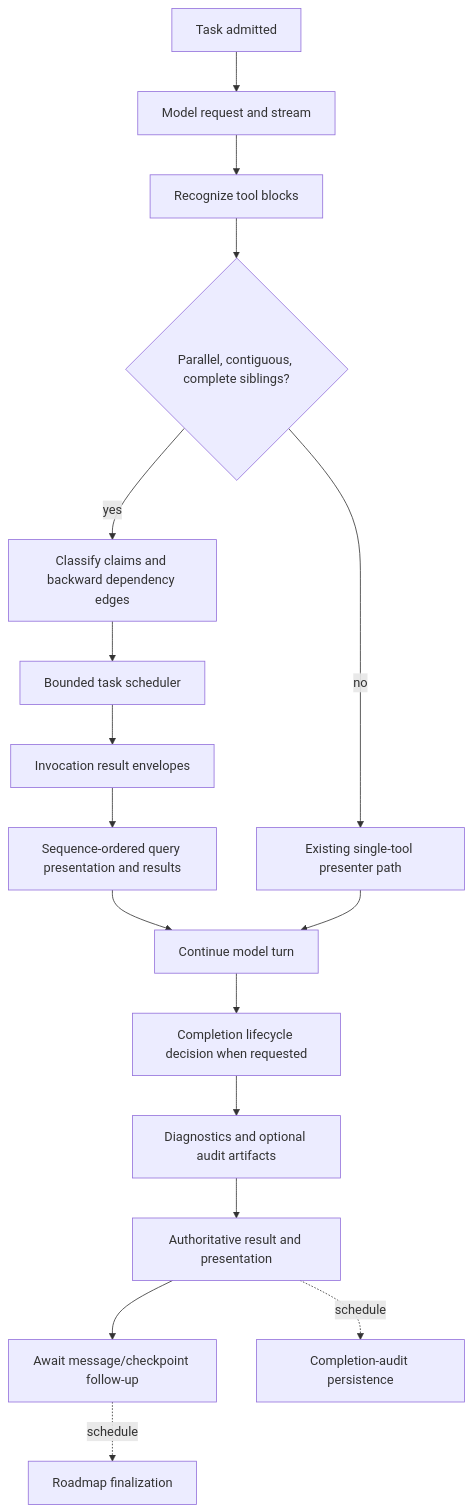
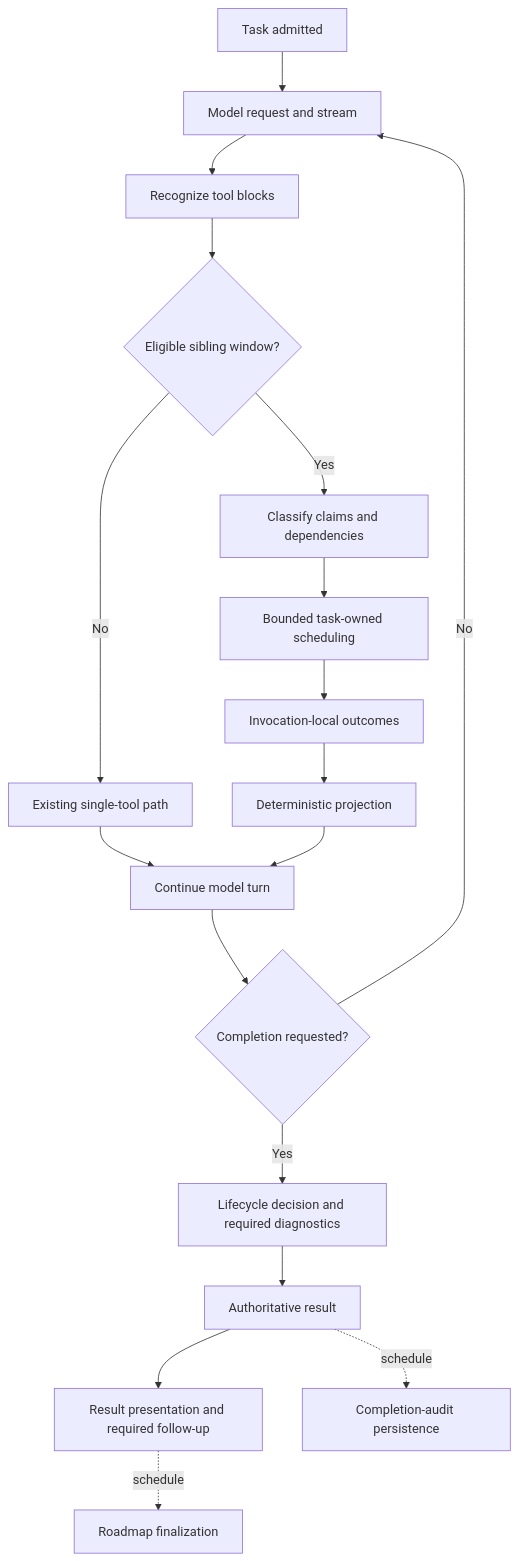
Before and after one commit to CardSorting/LUMI: the second of 3 diagrams in .wiki/high-throughput-execution-whitepaper.md, drawn with Mermaid. The commit also changed other lines of this file and 5 other files, not shown here.

````diff
--- a/.wiki/high-throughput-execution-whitepaper.md
+++ b/.wiki/high-throughput-execution-whitepaper.md
@@ -26,19 +357,22 @@
 ```mermaid
 flowchart TD
   A[Task admitted] --> B[Model request and stream]
   B --> C[Recognize tool blocks]
-  C --> D{Parallel, contiguous, complete siblings?}
-  D -->|no| X[Existing single-tool presenter path]
-  D -->|yes| E[Classify claims and backward dependency edges]
-  E --> F[Bounded task scheduler]
-  F --> G[Invocation result envelopes]
-  G --> H[Sequence-ordered query presentation and results]
-  H --> I[Continue model turn]
-  X --> I
-  I --> J[Completion lifecycle decision when requested]
-  J --> K[Diagnostics and optional audit artifacts]
-  K --> L[Authoritative result and presentation]
-  L --> M[Await message/checkpoint follow-up]
+  C --> D{Eligible sibling window?}
+
+  D -->|No| X[Existing single-tool path]
+  D -->|Yes| E[Classify claims and dependencies]
+  E --> F[Bounded task-owned scheduling]
+  F --> G[Invocation-local outcomes]
+  G --> H[Deterministic projection]
+
+  X --> I[Continue model turn]
+  H --> I
+  I --> J{Completion requested?}
+  J -->|No| B
+  J -->|Yes| K[Lifecycle decision and required diagnostics]
+  K --> L[Authoritative result]
+  L --> M[Result presentation and required follow-up]
   L -. schedule .-> N[Completion-audit persistence]
   M -. schedule .-> O[Roadmap finalization]
 ```
````
